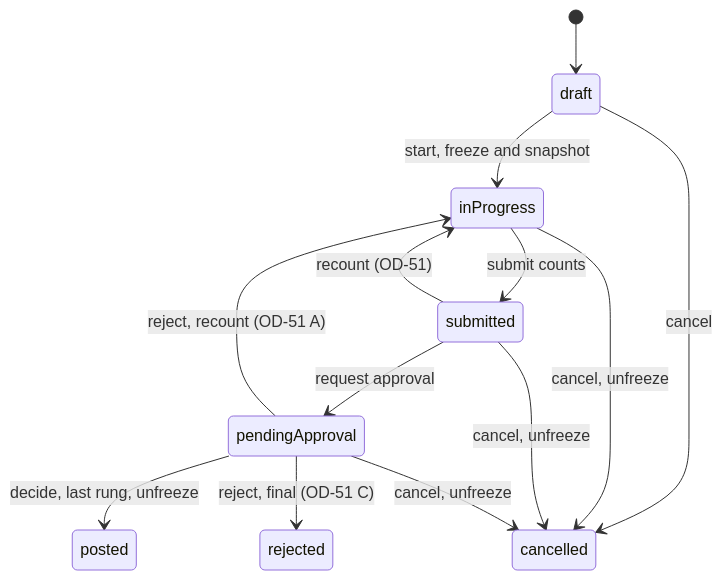
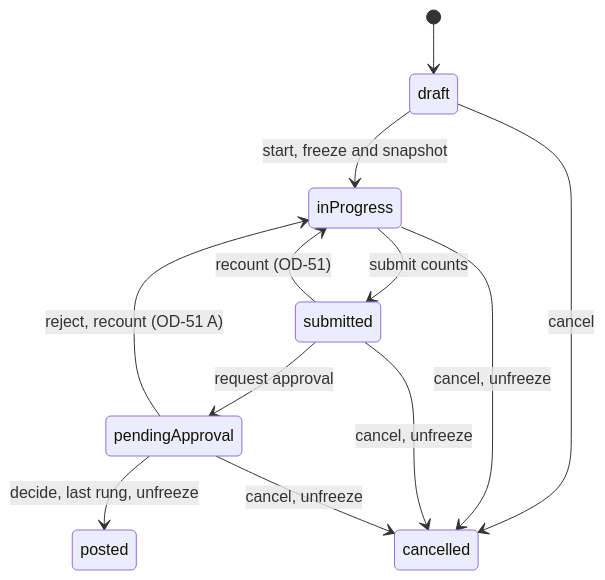
Before and after one commit to egycashcompany-ops/egycash: diagram 11 of 12 in docs/12-planning/administration-module-design-flows.md, drawn with Mermaid. The commit also changed other lines of this file and 3 other files, not shown here.

````diff
--- a/docs/12-planning/administration-module-design-flows.md
+++ b/docs/12-planning/administration-module-design-flows.md
@@ -1321,15 +1324,14 @@
 ```mermaid
 stateDiagram-v2
   [*] --> draft
   draft --> inProgress : start, freeze and snapshot
   inProgress --> submitted : submit counts
   submitted --> inProgress : recount (OD-51)
   submitted --> pendingApproval : request approval
   pendingApproval --> posted : decide, last rung, unfreeze
   pendingApproval --> inProgress : reject, recount (OD-51 A)
-  pendingApproval --> rejected : reject, final (OD-51 C)
   draft --> cancelled : cancel
   inProgress --> cancelled : cancel, unfreeze
   submitted --> cancelled : cancel, unfreeze
   pendingApproval --> cancelled : cancel, unfreeze
 ```
````
